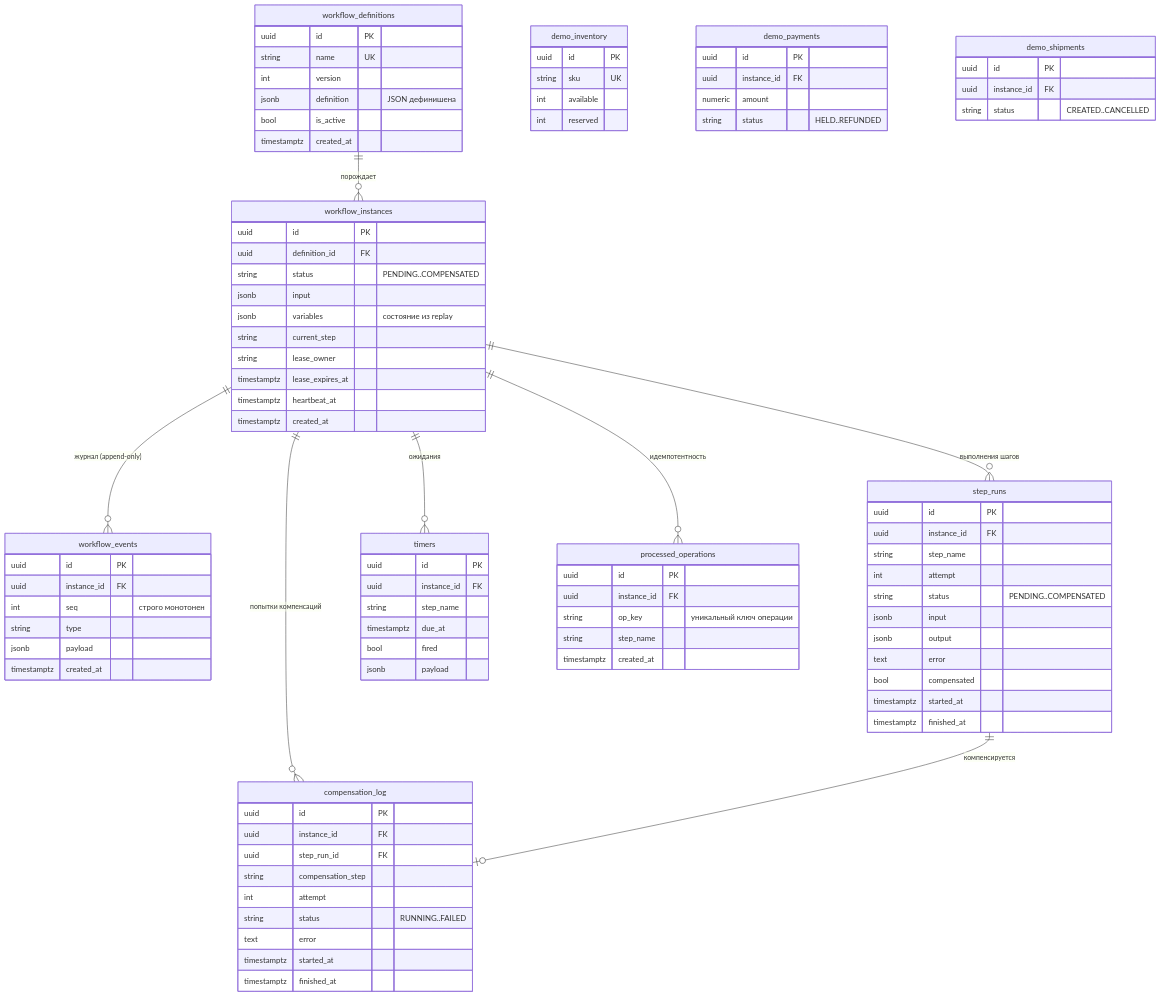
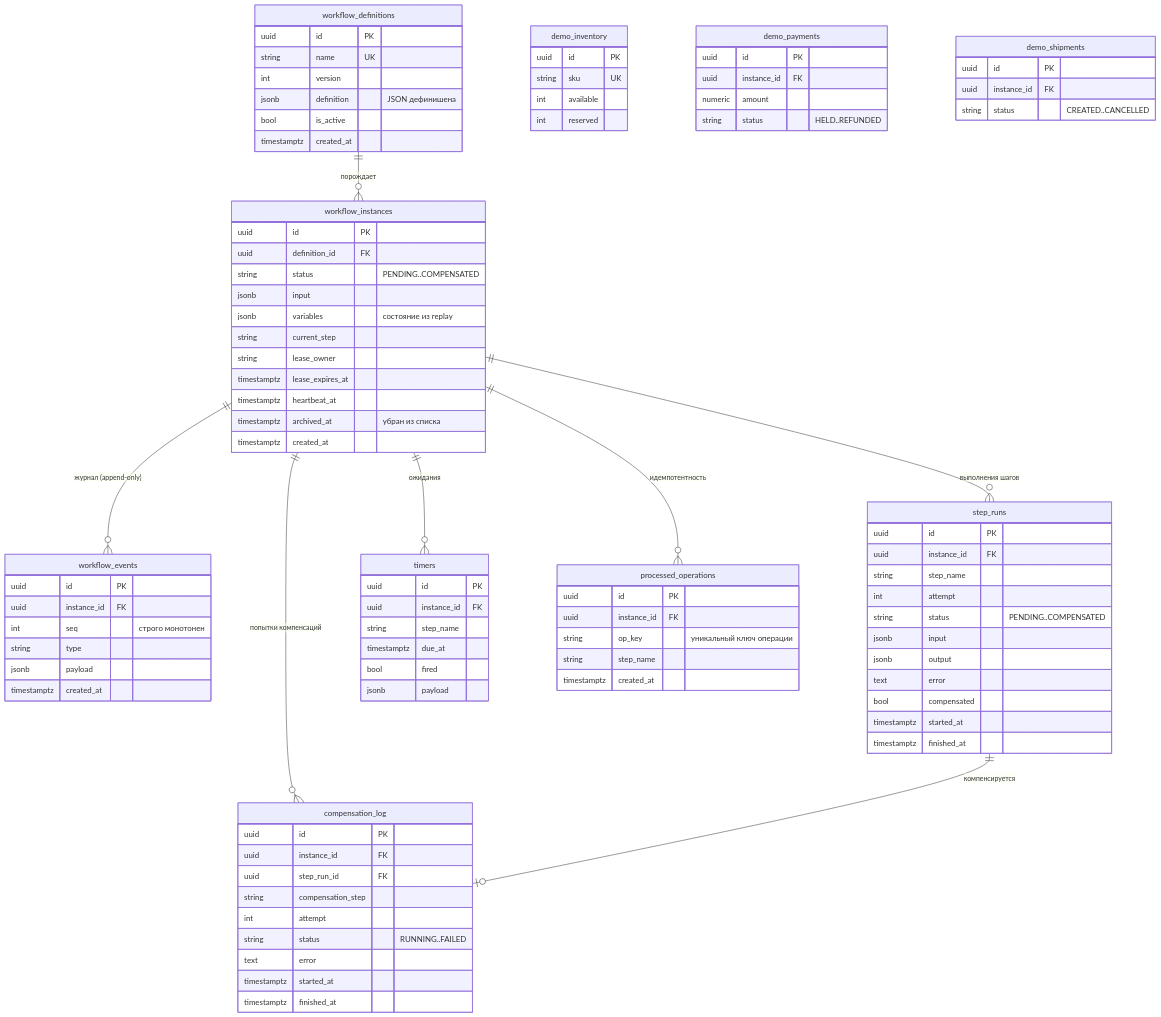
One commit to tolstosheev/workflow-engine changed the diagram in docs/DATA-MODEL.md. Above: the diagram before and after it, drawn with Mermaid. The commit also changed other lines of this file and 21 other files, not shown here.

```diff
--- a/docs/DATA-MODEL.md
+++ b/docs/DATA-MODEL.md
@@ -36,6 +36,7 @@
         string lease_owner
         timestamptz lease_expires_at
         timestamptz heartbeat_at
+        timestamptz archived_at "убран из списка"
         timestamptz created_at
     }
 
```
